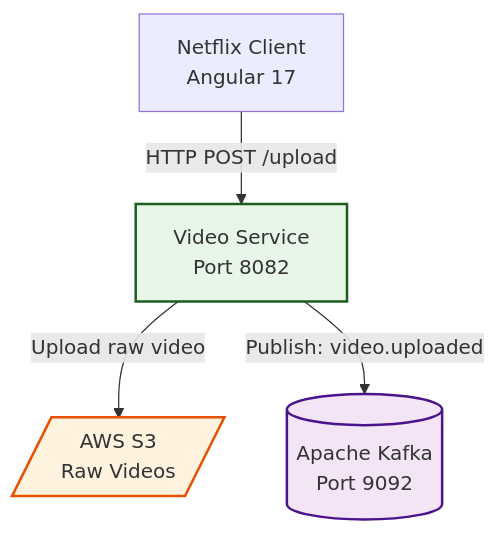
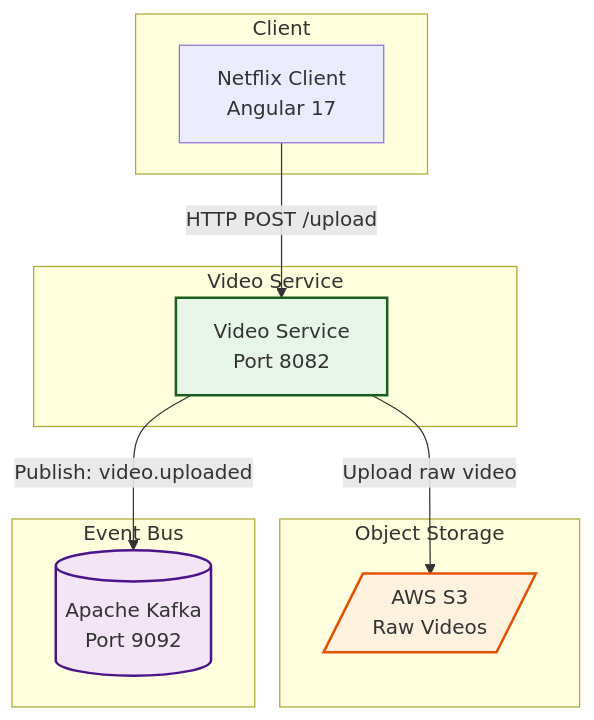
One commit to PagarciaSima/Netflix-Streaming-Spring-Boot-Micro-services changed the diagram in video-service/README.md. Above: the diagram before and after it, drawn with Mermaid. The commit also changed other lines of this file and 5 other files, not shown here.

````diff
--- a/video-service/README.md
+++ b/video-service/README.md
@@ -24,14 +24,30 @@
 ```mermaid
 graph TB
-    Client[Netflix Client<br/>Angular 17] -->|HTTP POST /upload| VS[Video Service<br/>Port 8082]
-    VS -->|Upload raw video| S3[/AWS S3<br/>Raw Videos/]
-    VS -->|Publish: video.uploaded| KAFKA[(Apache Kafka<br/>Port 9092)]
-    
+    subgraph Client
+        NG[Netflix Client<br/>Angular 17]
+    end
+
+    subgraph Video_Service[Video Service]
+        VS[Video Service<br/>Port 8082]
+    end
+
+    subgraph Storage[Object Storage]
+        S3[/AWS S3<br/>Raw Videos/]
+    end
+
+    subgraph Event_Bus[Event Bus]
+        KAFKA[(Apache Kafka<br/>Port 9092)]
+    end
+
+    NG -->|HTTP POST /upload| VS
+    VS -->|Upload raw video| S3
+    VS -->|Publish: video.uploaded| KAFKA
+
     classDef service fill:#e8f5e9,stroke:#1b5e20,stroke-width:2px
     classDef storage fill:#fff3e0,stroke:#e65100,stroke-width:2px
     classDef messaging fill:#f3e5f5,stroke:#4a148c,stroke-width:2px
-    
+
     class VS service
     class S3 storage
     class KAFKA messaging
 ```
````
